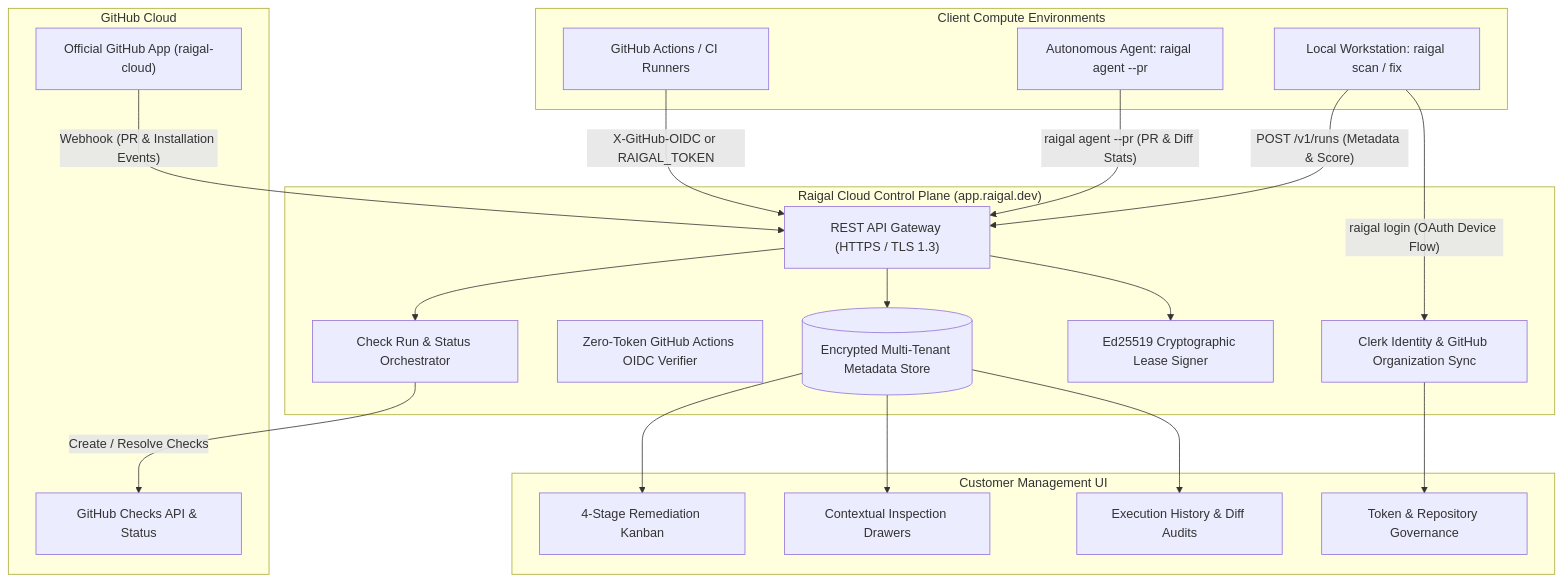
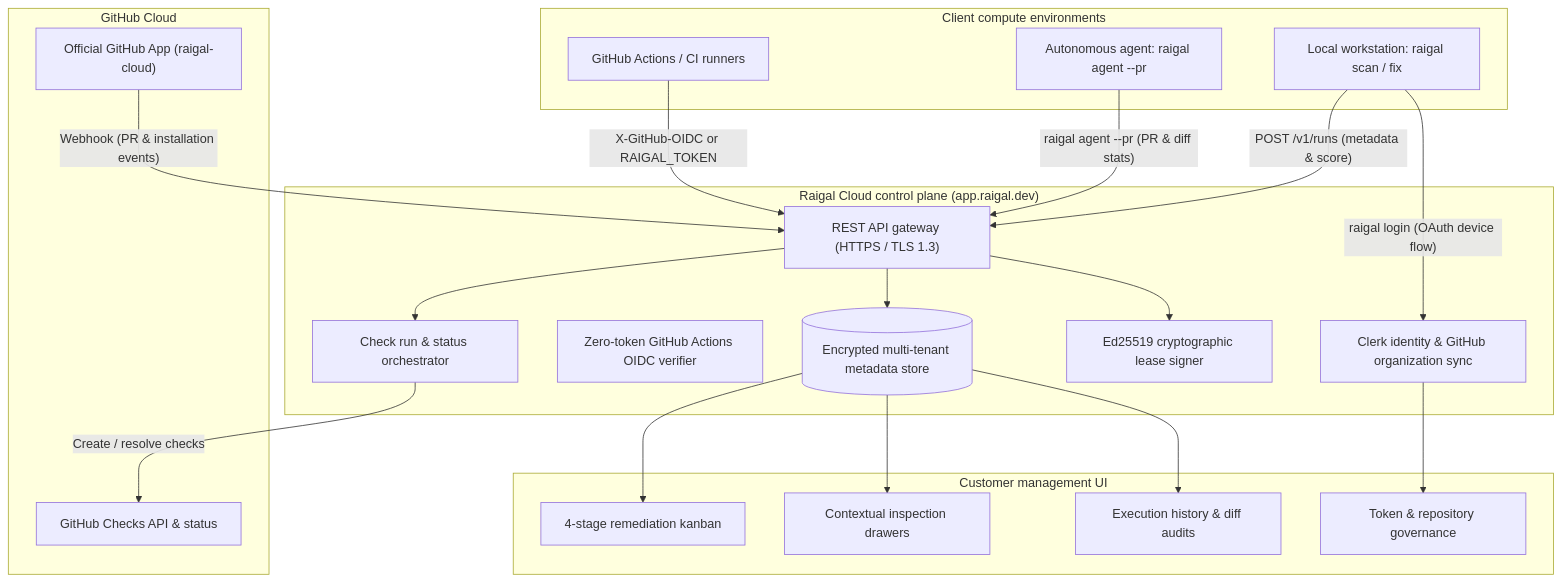
One commit to meethiu/raigal-docs changed the diagram in cloud-platform/architecture.mdx. Above: the diagram before and after it, drawn with Mermaid. The commit also changed other lines of this file and 34 other files, not shown here.

````diff
--- a/cloud-platform/architecture.mdx
+++ b/cloud-platform/architecture.mdx
@@ -10,45 +10,45 @@
 ```mermaid
 graph TD
-    subgraph ClientCompute ["Client Compute Environments"]
-        Dev["Local Workstation: raigal scan / fix"]
-        Agent["Autonomous Agent: raigal agent --pr"]
-        CI["GitHub Actions / CI Runners"]
+    subgraph ClientCompute ["Client compute environments"]
+        Dev["Local workstation: raigal scan / fix"]
+        Agent["Autonomous agent: raigal agent --pr"]
+        CI["GitHub Actions / CI runners"]
     end
 
     subgraph GitHubCloud ["GitHub Cloud"]
         GHApp["Official GitHub App (raigal-cloud)"]
-        GHChecks["GitHub Checks API & Status"]
+        GHChecks["GitHub Checks API & status"]
     end
 
-    subgraph ControlPlane ["Raigal Cloud Control Plane (app.raigal.dev)"]
-        Gateway["REST API Gateway (HTTPS / TLS 1.3)"]
-        Auth["Clerk Identity & GitHub Organization Sync"]
-        OIDC["Zero-Token GitHub Actions OIDC Verifier"]
-        CheckManager["Check Run & Status Orchestrator"]
-        LeaseSigner["Ed25519 Cryptographic Lease Signer"]
-        Store[("Encrypted Multi-Tenant Metadata Store")]
+    subgraph ControlPlane ["Raigal Cloud control plane (app.raigal.dev)"]
+        Gateway["REST API gateway (HTTPS / TLS 1.3)"]
+        Auth["Clerk identity & GitHub organization sync"]
+        OIDC["Zero-token GitHub Actions OIDC verifier"]
+        CheckManager["Check run & status orchestrator"]
+        LeaseSigner["Ed25519 cryptographic lease signer"]
+        Store[("Encrypted multi-tenant metadata store")]
     end
 
-    subgraph CustomerUI ["Customer Management UI"]
-        Board["4-Stage Remediation Kanban"]
-        Drawers["Contextual Inspection Drawers"]
-        Telemetry["Execution History & Diff Audits"]
-        Settings["Token & Repository Governance"]
+    subgraph CustomerUI ["Customer management UI"]
+        Board["4-stage remediation kanban"]
+        Drawers["Contextual inspection drawers"]
+        Telemetry["Execution history & diff audits"]
+        Settings["Token & repository governance"]
     end
 
-    Dev -- "raigal login (OAuth Device Flow)" --> Auth
-    Dev -- "POST /v1/runs (Metadata & Score)" --> Gateway
-    Agent -- "raigal agent --pr (PR & Diff Stats)" --> Gateway
+    Dev -- "raigal login (OAuth device flow)" --> Auth
+    Dev -- "POST /v1/runs (metadata & score)" --> Gateway
+    Agent -- "raigal agent --pr (PR & diff stats)" --> Gateway
     CI -- "X-GitHub-OIDC or RAIGAL_TOKEN" --> Gateway
-    GHApp -- "Webhook (PR & Installation Events)" --> Gateway
+    GHApp -- "Webhook (PR & installation events)" --> Gateway
 
     Gateway --> Store
     Gateway --> LeaseSigner
     Gateway --> CheckManager
-    CheckManager -- "Create / Resolve Checks" --> GHChecks
+    CheckManager -- "Create / resolve checks" --> GHChecks
 
     Store --> Board
     Store --> Drawers
     Store --> Telemetry
     Auth --> Settings
 ```
````
